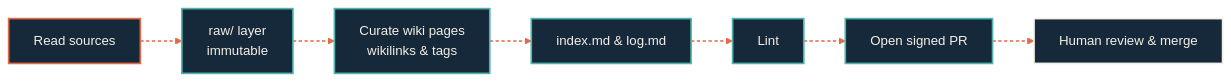
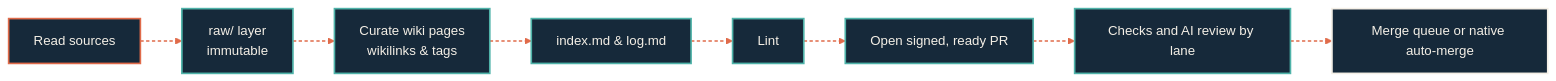
One commit to dryvist/docs changed the second of 3 diagrams in autonomous-agents/hermes-agent.mdx. Above: the diagram before and after it, drawn with Mermaid. The commit also changed other lines of this file and 4 other files, not shown here.

````diff
--- a/autonomous-agents/hermes-agent.mdx
+++ b/autonomous-agents/hermes-agent.mdx
@@ -176,24 +173,25 @@
 ```mermaid
 %%{init: {"theme":"base","look":"handDrawn","themeVariables":{"primaryColor":"#123a36","primaryTextColor":"#f4efe6","primaryBorderColor":"#4fb3a9","lineColor":"#4fb3a9","secondaryColor":"#0b1d2a","tertiaryColor":"#16293a","clusterBkg":"#08151f","clusterBorder":"#4fb3a9","fontFamily":"'Geist Sans', system-ui, -apple-system, BlinkMacSystemFont, 'Segoe UI', Roboto, sans-serif","fontSize":"14px"}}}%%
 flowchart LR
   classDef src fill:#16293a,stroke:#e06b4a,stroke-width:2px,color:#f4efe6;
   classDef ai fill:#16293a,stroke:#e06b4a,stroke-width:2px,color:#f4efe6;
   classDef gate fill:#16293a,stroke:#e06b4a,stroke-width:2.5px,color:#f4efe6;
   classDef hop fill:#16293a,stroke:#4fb3a9,stroke-width:2px,color:#f4efe6;
   classDef host fill:#16293a,stroke:#4fb3a9,stroke-width:2px,color:#f4efe6;
   classDef sink fill:#16293a,stroke:#f4efe6,stroke-width:2px,color:#f4efe6;
   classDef auto fill:#16293a,stroke:#f4efe6,stroke-width:1.5px,color:#f4efe6;
   classDef external fill:#16293a,stroke:#e6b35a,stroke-width:2px,color:#f4efe6;
   Sources[Read sources] --> Raw[raw/ layer<br>immutable]
   Raw --> Curate[Curate wiki pages<br>wikilinks & tags]
   Curate --> Index[index.md & log.md]
   Index --> Lint[Lint]
-  Lint --> PR[Open signed PR]
-  PR --> Review[Human review & merge]
+  Lint --> PR[Open signed, ready PR]
+  PR --> Gate[Checks and AI review by lane]
+  Gate --> Merge[Merge queue or native auto-merge]
 
   class Sources src
-  class Raw,Curate,Index,Lint,PR hop
-  class Review sink
+  class Raw,Curate,Index,Lint,PR,Gate hop
+  class Merge sink
 
-  linkStyle 0,1,2,3,4,5 stroke:#E06B4A,stroke-width:2px,stroke-dasharray:4 3;
+  linkStyle 0,1,2,3,4,5,6 stroke:#E06B4A,stroke-width:2px,stroke-dasharray:4 3;
 ```
````
